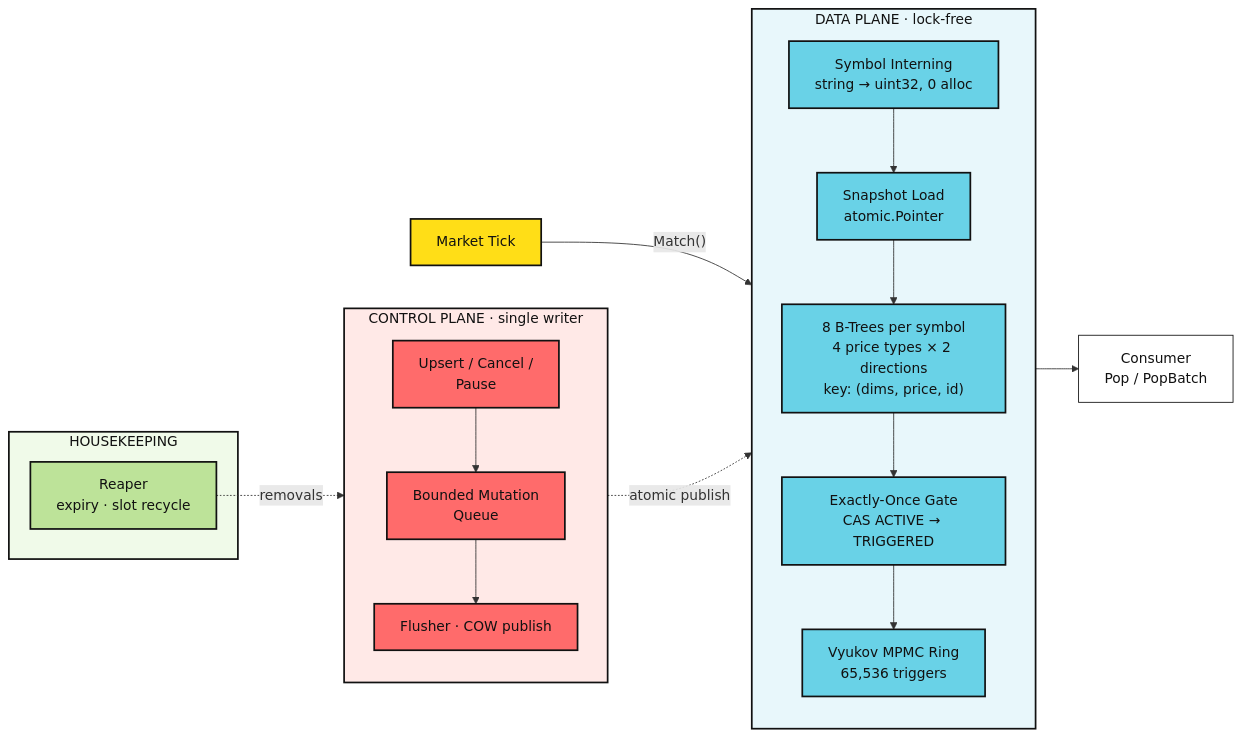
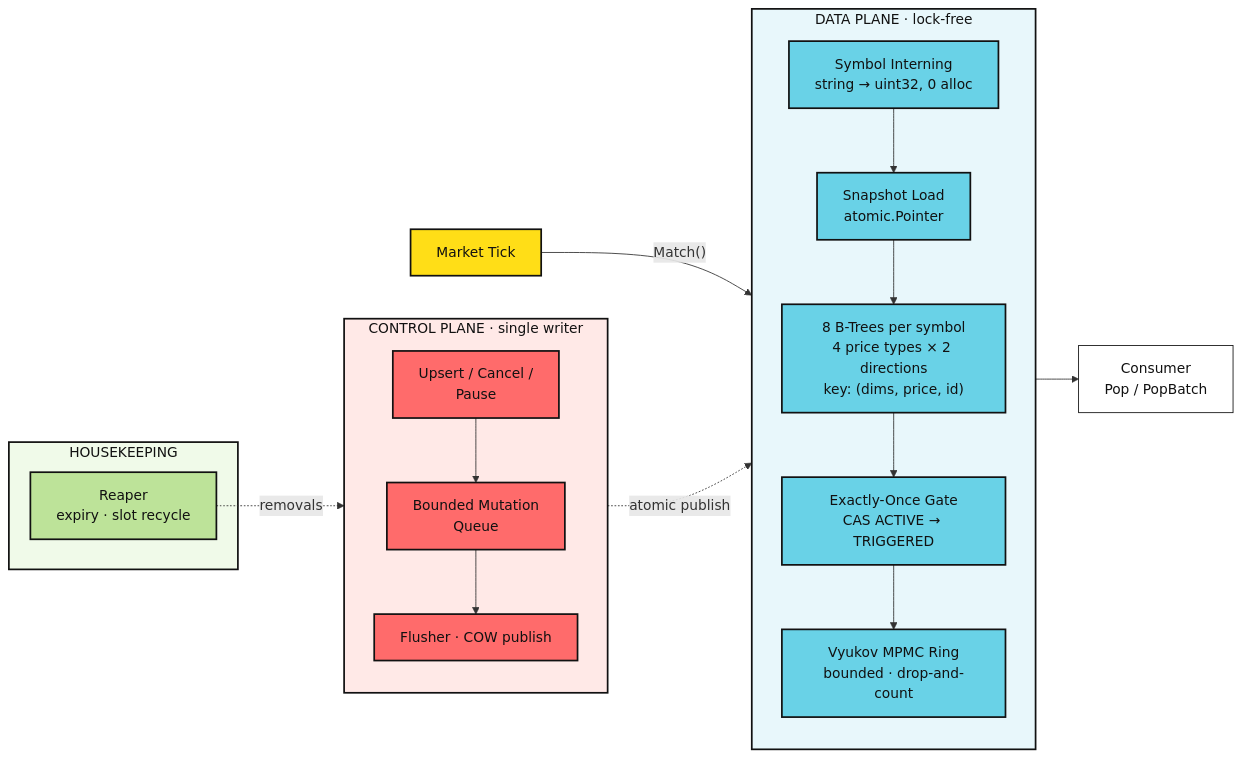
One commit to emirakts0/chrono-tree changed the diagram in README.md. Above: the diagram before and after it, drawn with Mermaid.

Commit message:
docs(readme): drop the hard-coded ring size from the mermaid diagram
65,536 is just the compiled default — capacity is a config knob
(Config.RingSize), so the node now says bounded · drop-and-count.

````diff
--- a/README.md
+++ b/README.md
@@ -42,49 +42,49 @@
 ```mermaid
 flowchart LR
     T["Market Tick"]
 
     subgraph DP["DATA PLANE · lock-free"]
         direction TB
         IN["Symbol Interning<br/>string → uint32, 0 alloc"]
         SNAP["Snapshot Load<br/>atomic.Pointer"]
         TREES["8 B-Trees per symbol<br/>4 price types × 2 directions<br/>key: (dims, price, id)"]
         CAS["Exactly-Once Gate<br/>CAS ACTIVE → TRIGGERED"]
-        RING["Vyukov MPMC Ring<br/>65,536 triggers"]
+        RING["Vyukov MPMC Ring<br/>bounded · drop-and-count"]
         IN --> SNAP --> TREES --> CAS --> RING
     end
 
     subgraph CP["CONTROL PLANE · single writer"]
         direction TB
         API["Upsert / Cancel /<br/>Pause"]
         MQ["Bounded Mutation<br/>Queue"]
         FL["Flusher · COW publish"]
         API --> MQ --> FL
     end
 
     subgraph HK["HOUSEKEEPING"]
         RP["Reaper<br/>expiry · slot recycle"]
     end
 
     OUT["Consumer<br/>Pop / PopBatch"]
 
     T -- "Match()" --> IN
     RING --> OUT
     FL -. "atomic publish" .-> SNAP
     RP -. "removals" .-> MQ
 
     classDef input fill:#FFDE17,stroke:#111,stroke-width:2px,color:#111
     classDef data fill:#69D2E7,stroke:#111,stroke-width:2px,color:#111
     classDef control fill:#FF6B6B,stroke:#111,stroke-width:2px,color:#111
     classDef house fill:#BDE399,stroke:#111,stroke-width:2px,color:#111
     classDef comp fill:#ffffff,stroke:#111,stroke-width:1px,color:#111
 
     class T input
     class IN,SNAP,TREES,CAS,RING data
     class API,MQ,FL control
     class RP house
     class OUT comp
 
     style DP fill:#E8F7FB,stroke:#111,stroke-width:2px,color:#111
     style CP fill:#FFE9E7,stroke:#111,stroke-width:2px,color:#111
     style HK fill:#F0FAE9,stroke:#111,stroke-width:2px,color:#111
 ```
````
